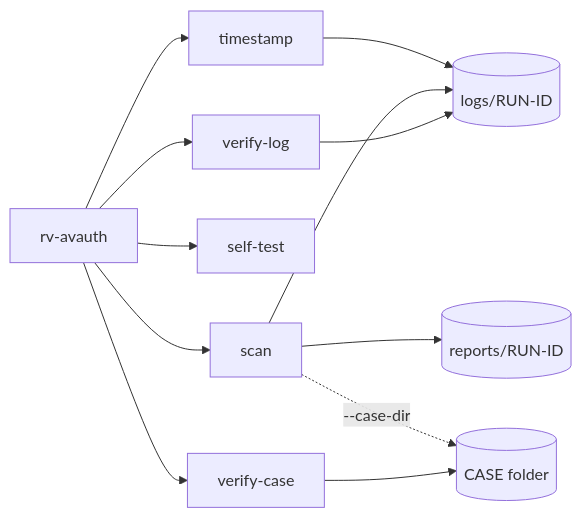
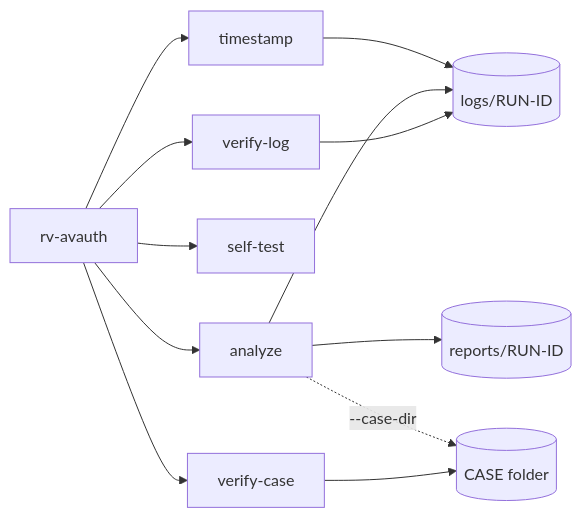
The diagram in docs/usage-cli.md (Panacota96/rv-avauth), drawn with Mermaid before and after one commit. The commit also changed other lines of this file and 93 other files, not shown here.

````diff
--- a/docs/usage-cli.md
+++ b/docs/usage-cli.md
@@ -5,14 +5,14 @@
 ```mermaid
 flowchart LR
-  A[rv-avauth] --> B[scan]
+  A[rv-avauth] --> B[analyze]
   A --> C[verify-log]
   A --> D[self-test]
   A --> T[timestamp]
   A --> V[verify-case]
   T --> E
   B --> E[(logs/RUN-ID)]
   B --> F[(reports/RUN-ID)]
   B -. --case-dir .-> K[(CASE folder)]
   V --> K
   C --> E
 ```
````
